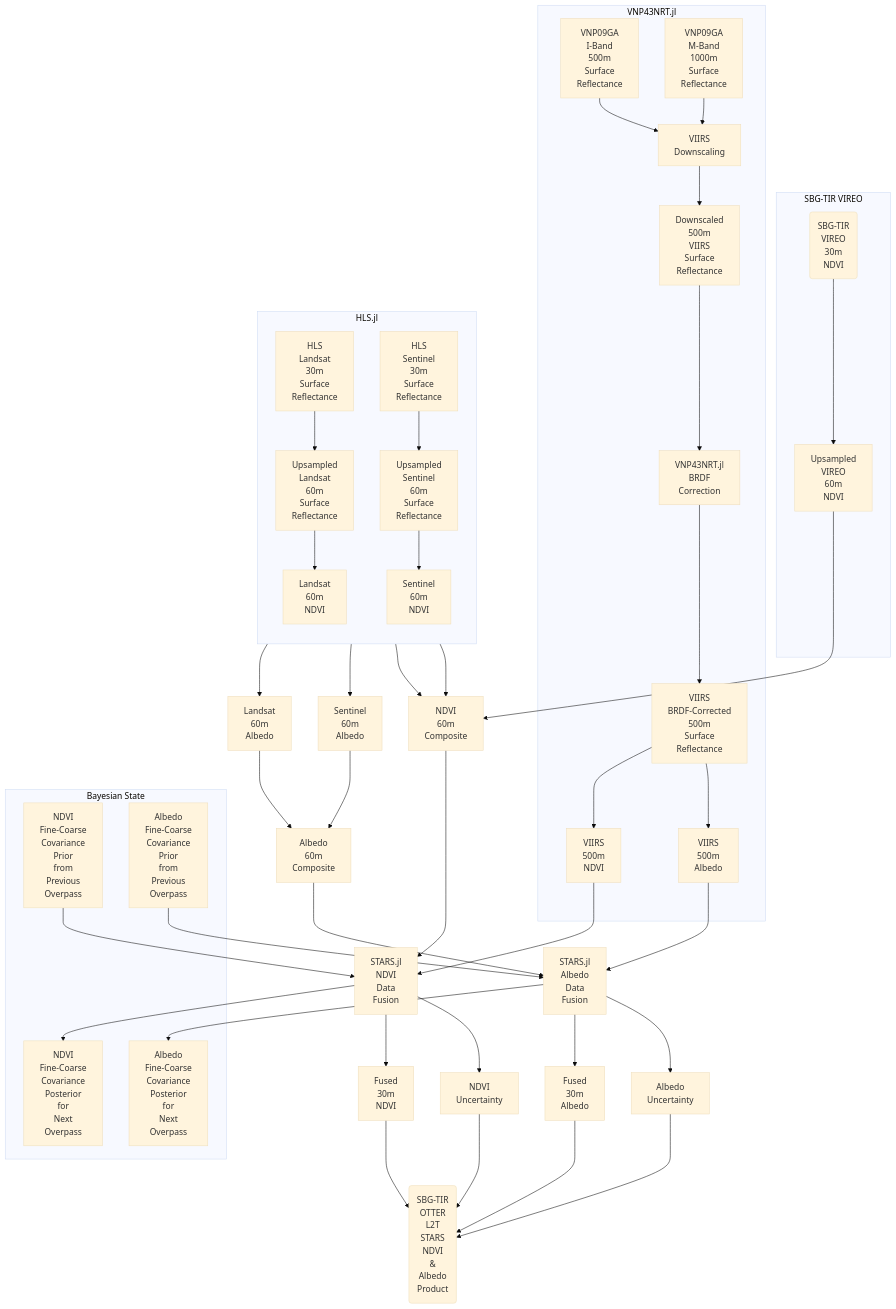
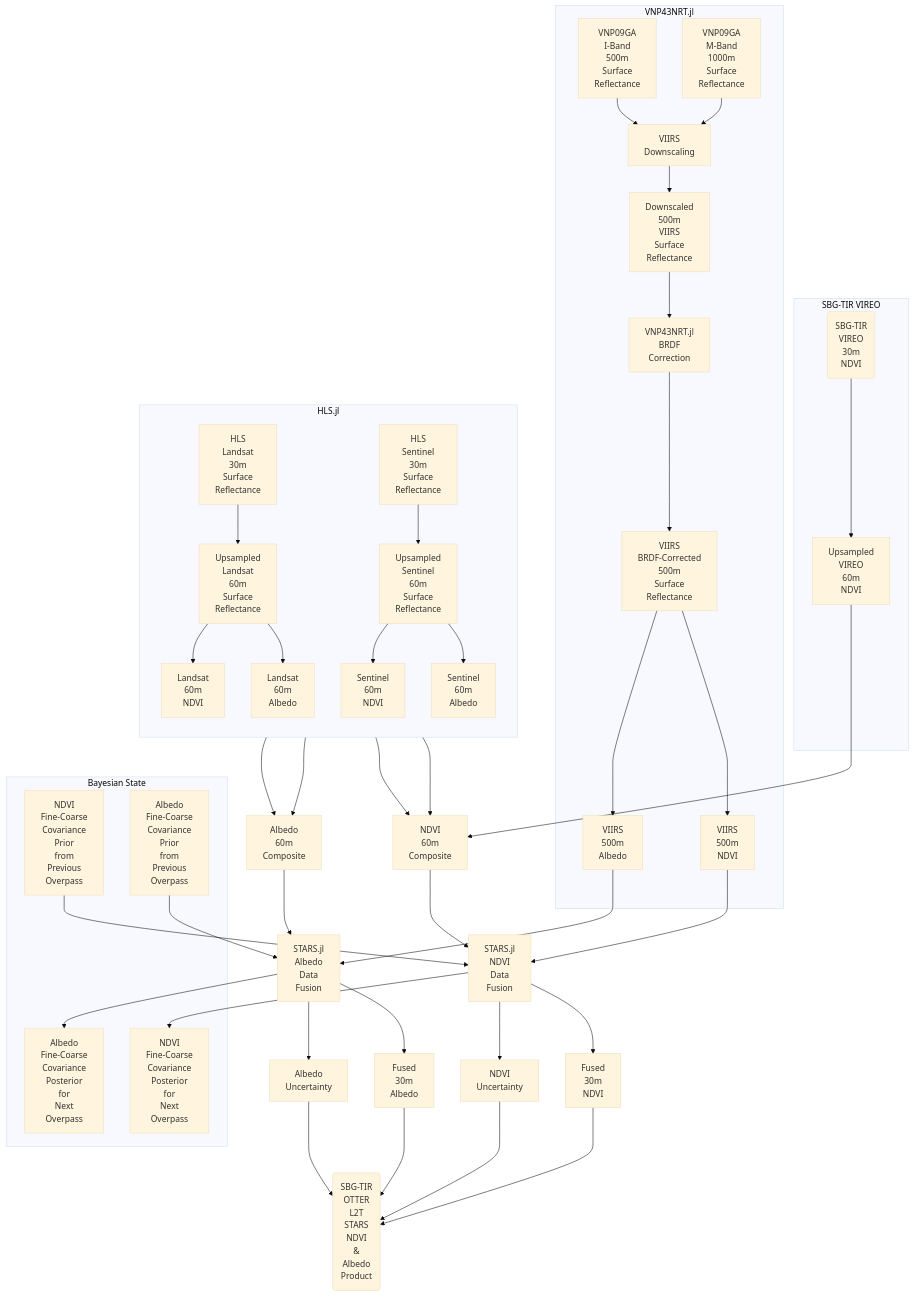
The diagram in README.md (sbg-tir/SBG-TIR-L2-STARS), drawn with Mermaid (base theme) before and after one commit.

```diff
--- a/README.md
+++ b/README.md
@@ -58,6 +58,8 @@
         Sentinel_reflectance[HLS<br>Sentinel<br>30m<br>Surface<br>Reflectance]
         Sentinel_upsampled[Upsampled<br>Sentinel<br>60m<br>Surface<br>Reflectance]
         Sentinel_NDVI[Sentinel<br>60m<br>NDVI]
+        Landsat_albedo[Landsat<br>60m<br>Albedo]
+        Sentinel_albedo[Sentinel<br>60m<br>Albedo]
     end
 
     subgraph bayesian_state[Bayesian State]
@@ -72,8 +74,6 @@
     fine_NDVI_output[Fused<br>30m<br>NDVI]
     fine_NDVI_uncertainty[NDVI<br>Uncertainty]
 
-    Landsat_albedo[Landsat<br>60m<br>Albedo]
-    Sentinel_albedo[Sentinel<br>60m<br>Albedo]
     fine_albedo_input[Albedo<br>60m<br>Composite]
     albedo_data_fusion[STARS.jl<br>Albedo<br>Data<br>Fusion]
     fine_albedo_output[Fused<br>30m<br>Albedo]
```
